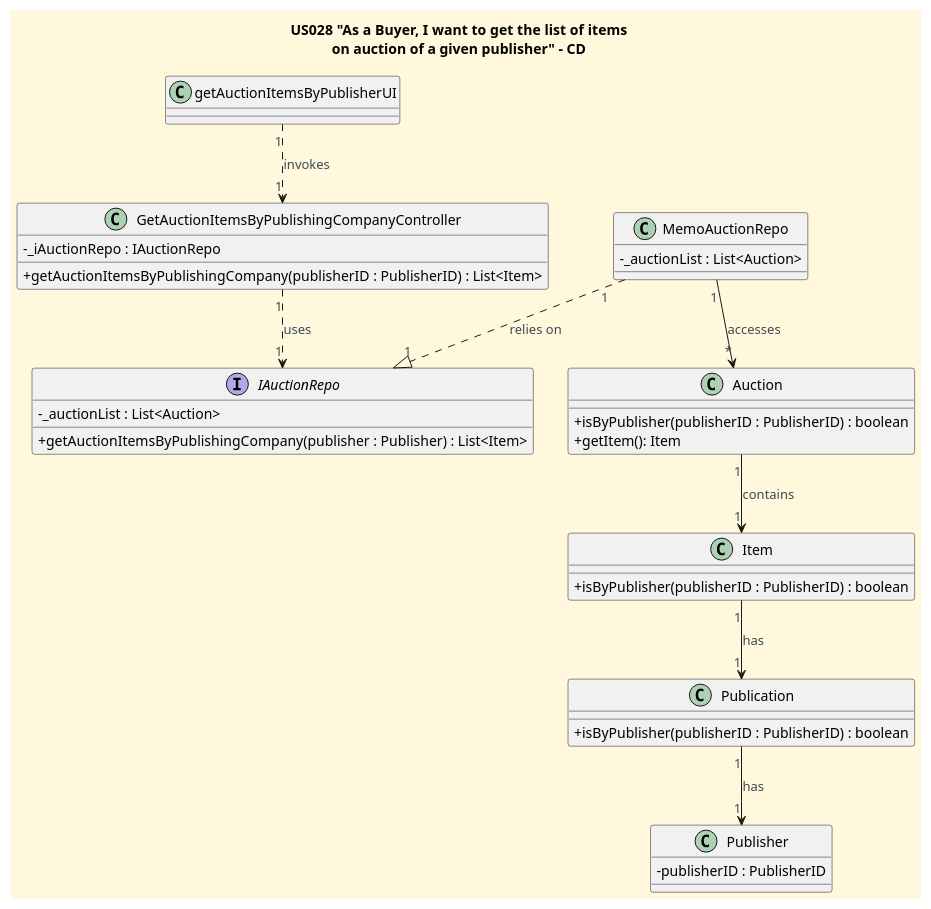
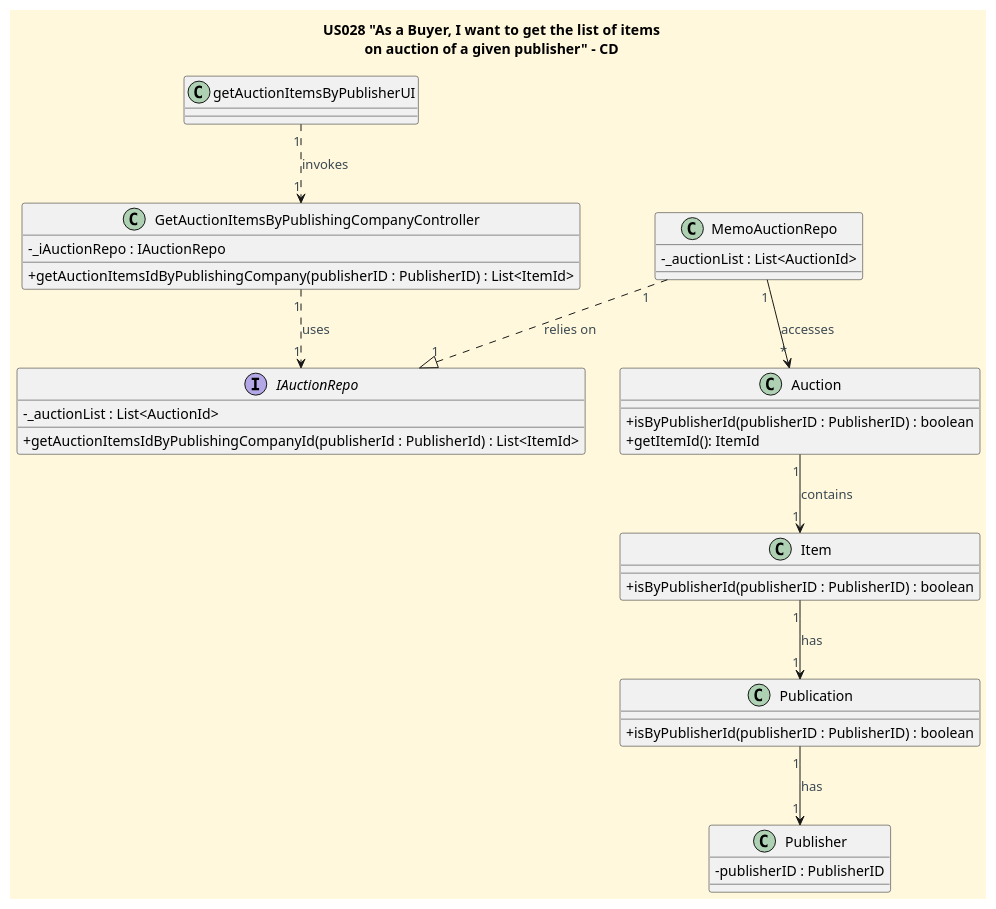
Before and after one commit to CarolinaLeite-collab/JavaMarketplacePlatform: the diagram in docs/user-stories/US028/US028_get_list_of_items_on_auction_of_given_publisher_CD.puml, drawn with PlantUML. The commit also changed 1 other file, not shown here.

```diff
--- a/docs/user-stories/US028/US028_get_list_of_items_on_auction_of_given_publisher_CD.puml
+++ b/docs/user-stories/US028/US028_get_list_of_items_on_auction_of_given_publisher_CD.puml
@@ -1,62 +1,62 @@
 @startuml
 'https://plantuml.com/class-diagram
 
 title US028 "As a Buyer, I want to get the list of items\non auction of a given publisher" - CD
 
 '==== basic style ====
 skinparam monochrome false
 skinparam shadowing false
 skinparam defaultFontName Futura
 skinparam objectFontSize 20
 skinparam backgroundColor CornSilk
 skinparam objectBackgroundColor WhiteSmoke
 skinparam noteBackgroundColor #FFFFE0
 skinparam ArrowFontColor #3B4953
 skinparam ActivationBackgroundColor black
 skinparam classAttributeIconSize 0
 
 class getAuctionItemsByPublisherUI{}
 
 class GetAuctionItemsByPublishingCompanyController {
 -_iAuctionRepo : IAuctionRepo
-+getAuctionItemsByPublishingCompany(publisherID : PublisherID) : List<Item>
++getAuctionItemsIdByPublishingCompany(publisherID : PublisherID) : List<ItemId>
 }
 
 Interface IAuctionRepo {
--_auctionList : List<Auction>
-+getAuctionItemsByPublishingCompany(publisher : Publisher) : List<Item>
+-_auctionList : List<AuctionId>
++getAuctionItemsIdByPublishingCompanyId(publisherId : PublisherId) : List<ItemId>
 }
 
 class MemoAuctionRepo {
--_auctionList : List<Auction>
+-_auctionList : List<AuctionId>
 }
 
 class Auction {
-+ isByPublisher(publisherID : PublisherID) : boolean
-+ getItem(): Item
++ isByPublisherId(publisherID : PublisherID) : boolean
++ getItemId(): ItemId
 }
 
 class Item {
-+ isByPublisher(publisherID : PublisherID) : boolean
++ isByPublisherId(publisherID : PublisherID) : boolean
 }
 
 class Publication {
-+ isByPublisher(publisherID : PublisherID) : boolean
++ isByPublisherId(publisherID : PublisherID) : boolean
 }
 
 class Publisher {
 - publisherID : PublisherID
 }
 
 '--- Interactions ---'
 
 getAuctionItemsByPublisherUI "1"..>"1" GetAuctionItemsByPublishingCompanyController: invokes
 GetAuctionItemsByPublishingCompanyController "1"..> "1" IAuctionRepo : uses
 MemoAuctionRepo "1" ..|> "1" IAuctionRepo: relies on
 MemoAuctionRepo "1" --> "*" Auction : accesses
 Auction "1" --> "1" Item : contains
 Item "1" --> "1" Publication : has
 Publication "1" --> "1" Publisher : has
 
 
 @enduml
```
